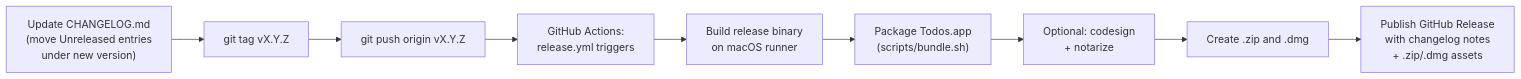
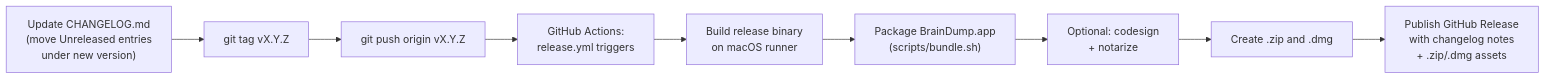
The diagram in docs/RELEASING.md (zjleblanc/brain-dump), drawn with Mermaid before and after one commit. The commit also changed other lines of this file and 31 other files, not shown here.

First line of the commit message:
feat: rebrand app from Todos to BrainDump

````diff
--- a/docs/RELEASING.md
+++ b/docs/RELEASING.md
@@ -8,11 +8,11 @@
 ```mermaid
 flowchart LR
     A["Update CHANGELOG.md\n(move Unreleased entries\nunder new version)"] --> B["git tag vX.Y.Z"]
     B --> C["git push origin vX.Y.Z"]
     C --> D["GitHub Actions:\nrelease.yml triggers"]
     D --> E["Build release binary\non macOS runner"]
-    E --> F["Package Todos.app\n(scripts/bundle.sh)"]
+    E --> F["Package BrainDump.app\n(scripts/bundle.sh)"]
     F --> G["Optional: codesign\n+ notarize"]
     G --> H["Create .zip and .dmg"]
     H --> I["Publish GitHub Release\nwith changelog notes\n+ .zip/.dmg assets"]
 ```
````
